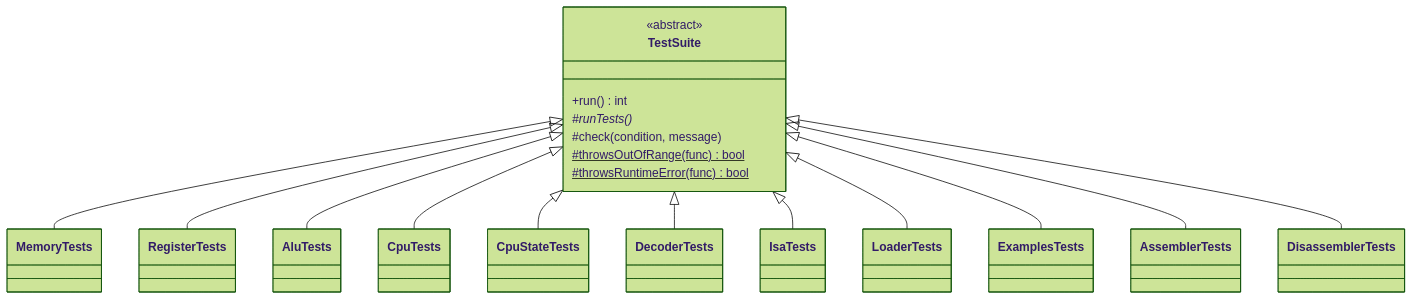
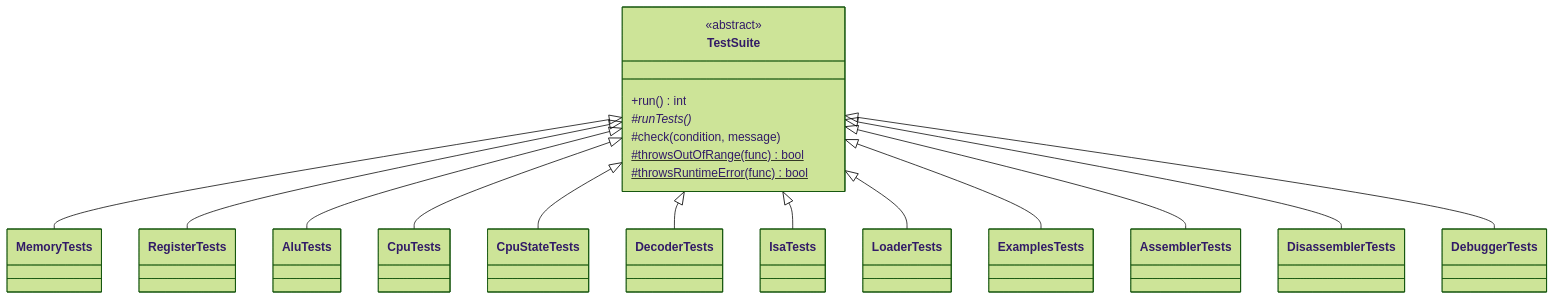
The first of 2 diagrams in docs/TESTING.md (kpolet2010-hue/CoreSim), drawn with Mermaid (forest theme) before and after one commit. The commit also changed other lines of this file and 4 other files, not shown here.

````diff
--- a/docs/TESTING.md
+++ b/docs/TESTING.md
@@ -36,22 +37,23 @@
 ```mermaid
 classDiagram
     class TestSuite {
         <<abstract>>
         +run() int
         #runTests()*
         #check(condition, message)
         #throwsOutOfRange(func)$ bool
         #throwsRuntimeError(func)$ bool
     }
     TestSuite <|-- MemoryTests
     TestSuite <|-- RegisterTests
     TestSuite <|-- AluTests
     TestSuite <|-- CpuTests
     TestSuite <|-- CpuStateTests
     TestSuite <|-- DecoderTests
     TestSuite <|-- IsaTests
     TestSuite <|-- LoaderTests
     TestSuite <|-- ExamplesTests
     TestSuite <|-- AssemblerTests
     TestSuite <|-- DisassemblerTests
+    TestSuite <|-- DebuggerTests
 ```
````
